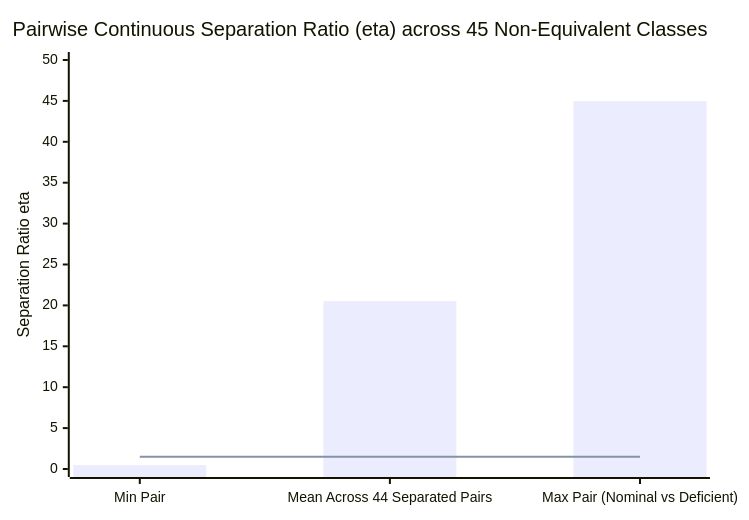
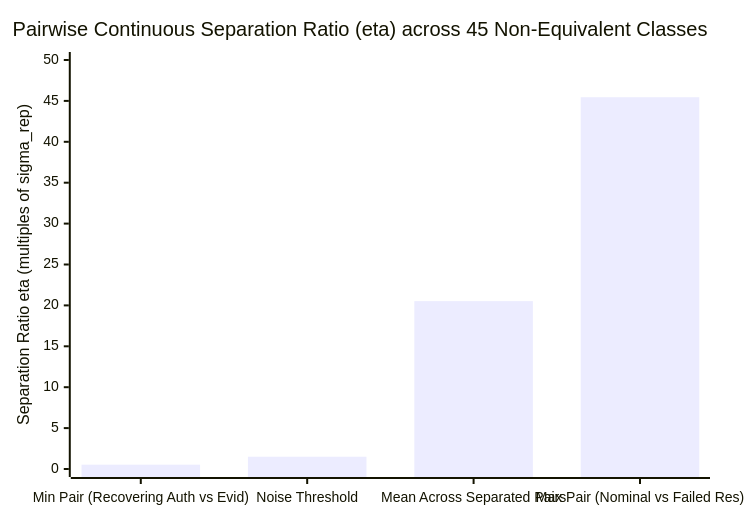
The third of 3 diagrams in docs/COMMON_GOVERNANCE_KERNEL_EXPERIMENT.md (NB11B/UoW-v3), drawn with Mermaid before and after one commit. The commit also changed other lines of this file and 3 other files, not shown here.

````diff
--- a/docs/COMMON_GOVERNANCE_KERNEL_EXPERIMENT.md
+++ b/docs/COMMON_GOVERNANCE_KERNEL_EXPERIMENT.md
@@ -184,8 +220,7 @@
 ```mermaid
 xychart-beta
     title "Pairwise Continuous Separation Ratio (eta) across 45 Non-Equivalent Classes"
-    x-axis ["Min Pair", "Mean Across 44 Separated Pairs", "Max Pair (Nominal vs Deficient)"]
-    y-axis "Separation Ratio eta" 0 --> 50
-    bar [0.48, 20.52, 44.98]
-    line [1.50, 1.50, 1.50]
+    x-axis ["Min Pair (Recovering Auth vs Evid)", "Noise Threshold", "Mean Across Separated Pairs", "Max Pair (Nominal vs Failed Res)"]
+    y-axis "Separation Ratio eta (multiples of sigma_rep)" 0 --> 50
+    bar [0.53, 1.50, 20.52, 45.45]
 ```
````
